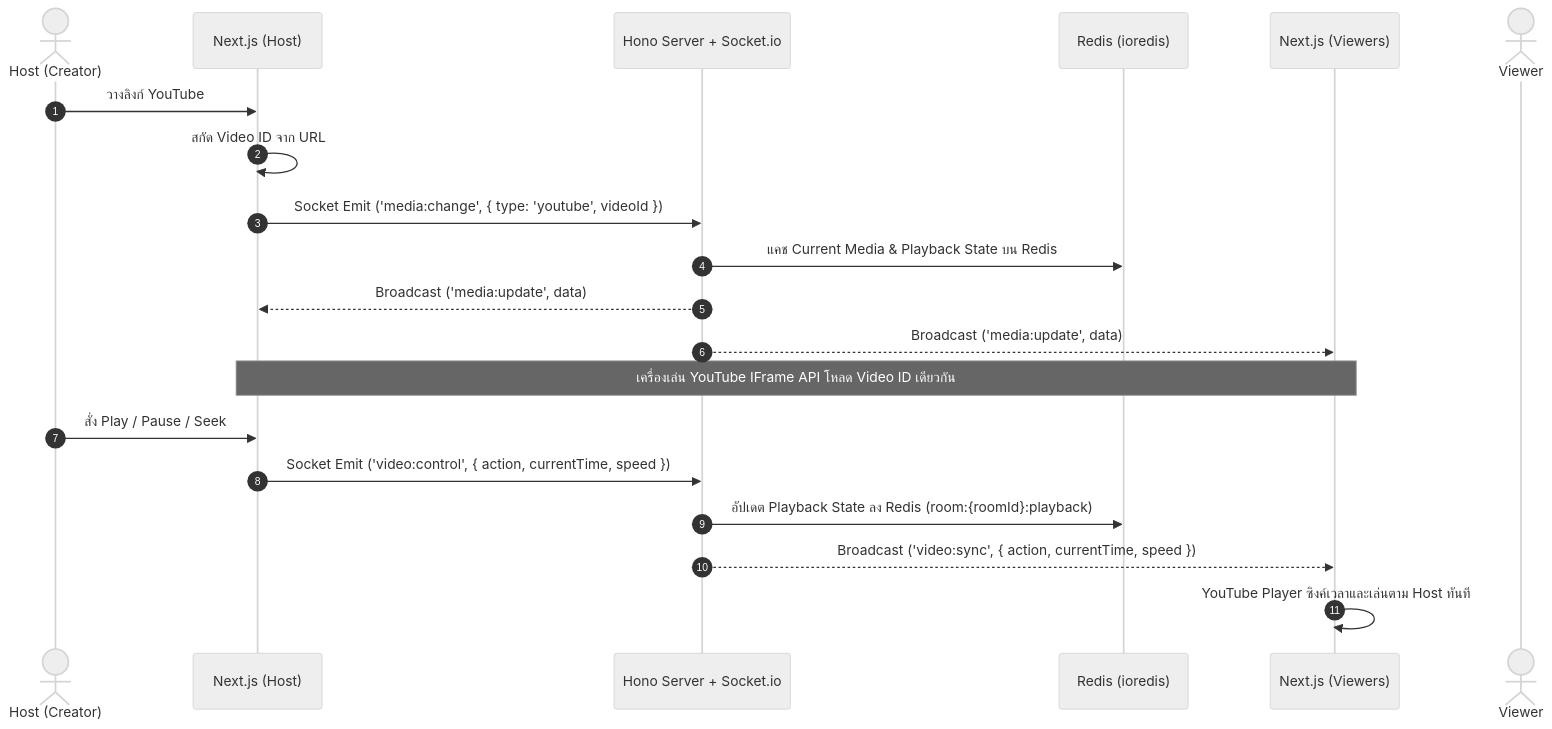
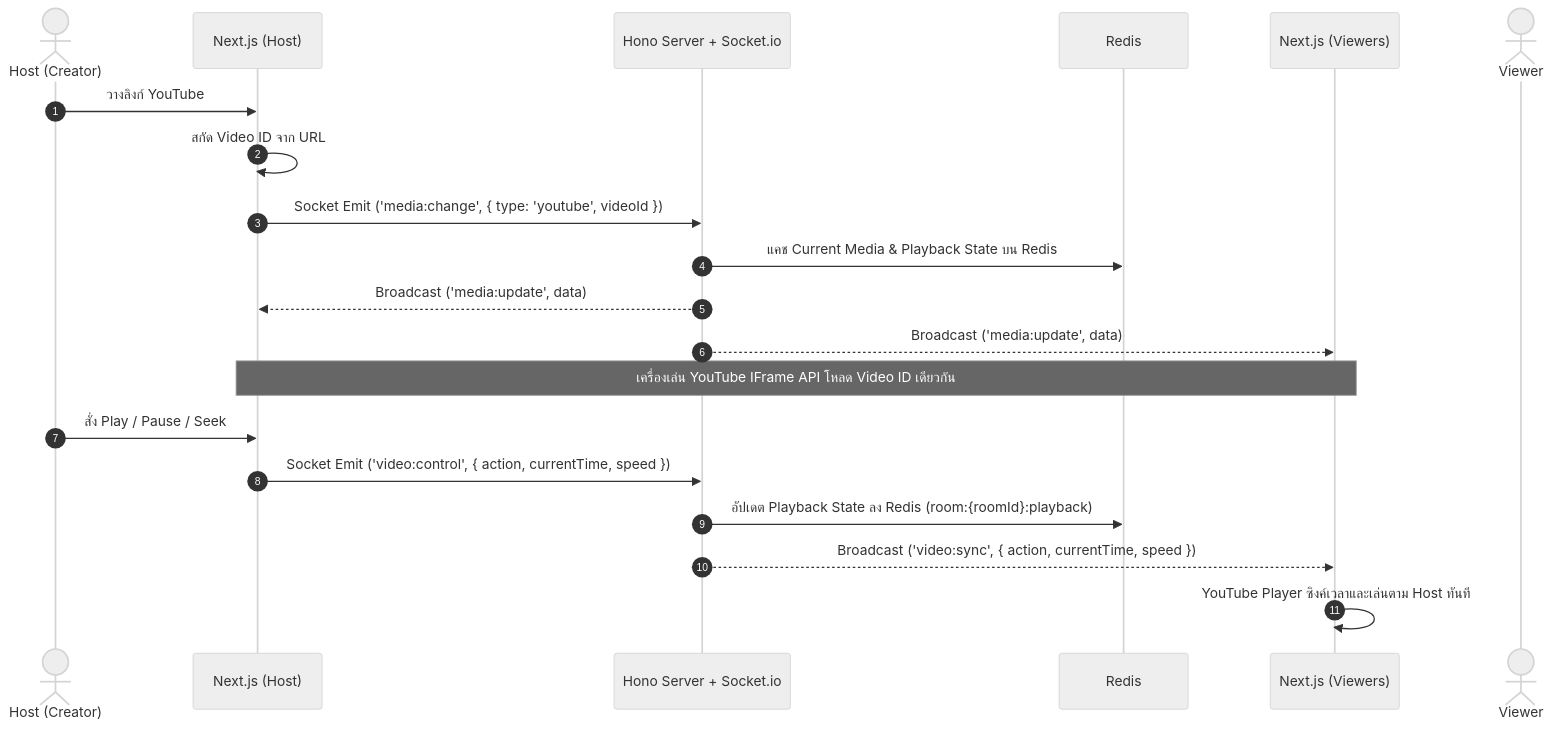
One commit to PeterGamez/YouStream changed the first of 4 diagrams in SRS.md. Above: the diagram before and after it, drawn with Mermaid (neutral theme). The commit also changed other lines of this file, not shown here.

````diff
--- a/SRS.md
+++ b/SRS.md
@@ -152,23 +152,23 @@
 ```mermaid
 sequenceDiagram
     autonumber
     actor Host as Host (Creator)
     participant FE_Host as Next.js (Host)
     participant BE as Hono Server + Socket.io
-    participant Redis as Redis (ioredis)
+    participant Redis as Redis
     participant FE_Viewer as Next.js (Viewers)
     actor Viewer as Viewer
 
     Host->>FE_Host: วางลิงก์ YouTube
     FE_Host->>FE_Host: สกัด Video ID จาก URL
     FE_Host->>BE: Socket Emit ('media:change', { type: 'youtube', videoId })
     BE->>Redis: แคช Current Media & Playback State บน Redis
     BE-->>FE_Host: Broadcast ('media:update', data)
     BE-->>FE_Viewer: Broadcast ('media:update', data)
     Note over FE_Host, FE_Viewer: เครื่องเล่น YouTube IFrame API โหลด Video ID เดียวกัน
     Host->>FE_Host: สั่ง Play / Pause / Seek
     FE_Host->>BE: Socket Emit ('video:control', { action, currentTime, speed })
     BE->>Redis: อัปเดต Playback State ลง Redis (room:{roomId}:playback)
     BE-->>FE_Viewer: Broadcast ('video:sync', { action, currentTime, speed })
     FE_Viewer->>FE_Viewer: YouTube Player ซิงค์เวลาและเล่นตาม Host ทันที
 ```
````
